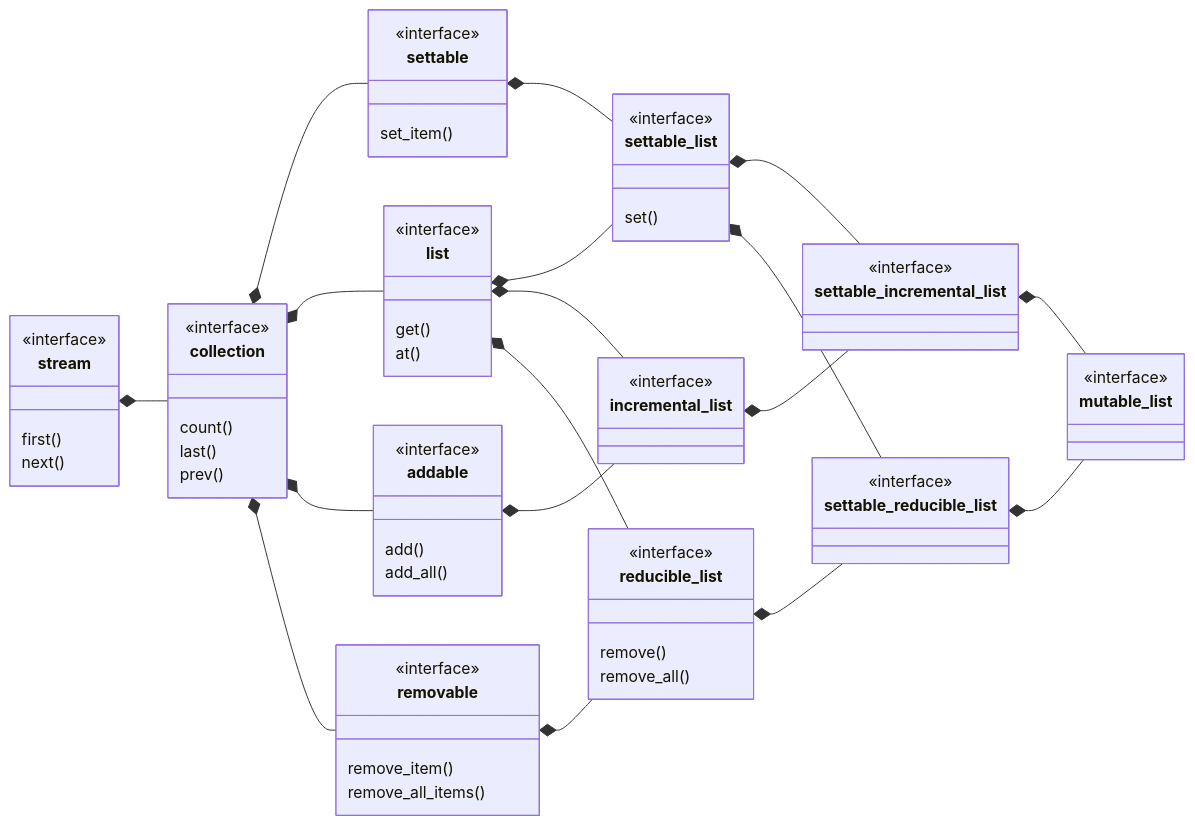
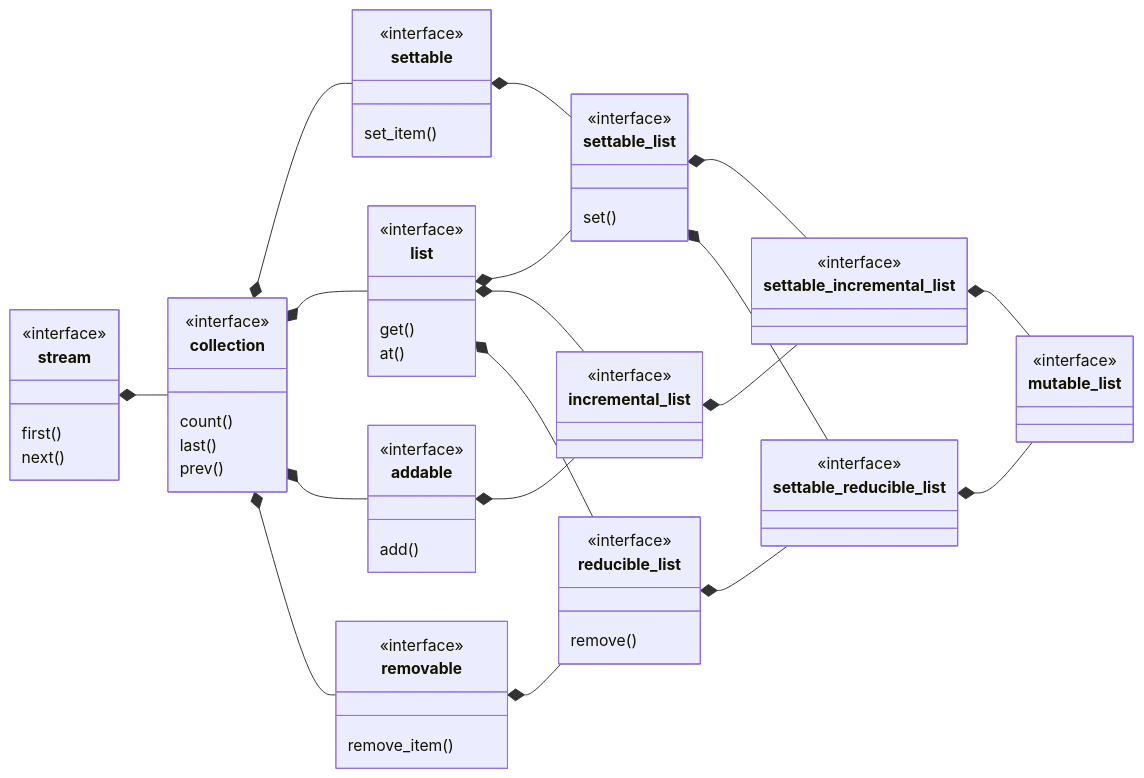
The diagram in doc/mutable_list.md (pretore/aquarium-butterflyfish), drawn with Mermaid before and after one commit. The commit also changed 387 other files, not shown here.

````diff
--- a/doc/mutable_list.md
+++ b/doc/mutable_list.md
@@ -3,68 +3,65 @@
 ```mermaid
 classDiagram
     direction LR
     class stream {
         first()
         next()
     }
     <<interface>> stream
     class collection {
         count()
         last()
         prev()
     }
     <<interface>> collection
     stream *-- collection
     class list {
         get()
         at()
     }
     class settable {
         set_item()
     }
     <<interface>> settable
     collection *-- settable
     <<interface>> list
     collection *-- list
     class settable_list {
         set()
     }
     <<interface>> settable_list
     settable *-- settable_list
     list *-- settable_list
     class addable {
         add()
-        add_all()
     }
     <<interface>> addable
     collection *-- addable
     class incremental_list
     <<interface>> incremental_list
     addable *-- incremental_list
     list *-- incremental_list
     class removable {
         remove_item()
-        remove_all_items()
     }
     <<interface>> removable
     collection *-- removable
     class reducible_list {
         remove()
-        remove_all()
     }
     <<interface>> reducible_list
     removable *-- reducible_list
     list *-- reducible_list
     class settable_incremental_list
     <<interface>> settable_incremental_list
     settable_list *-- settable_incremental_list
     incremental_list *-- settable_incremental_list
     class settable_reducible_list
     <<interface>> settable_reducible_list
     settable_list *-- settable_reducible_list
     reducible_list *-- settable_reducible_list
     class mutable_list
     <<interface>> mutable_list
     settable_incremental_list *-- mutable_list
     settable_reducible_list *-- mutable_list
 ```
````
